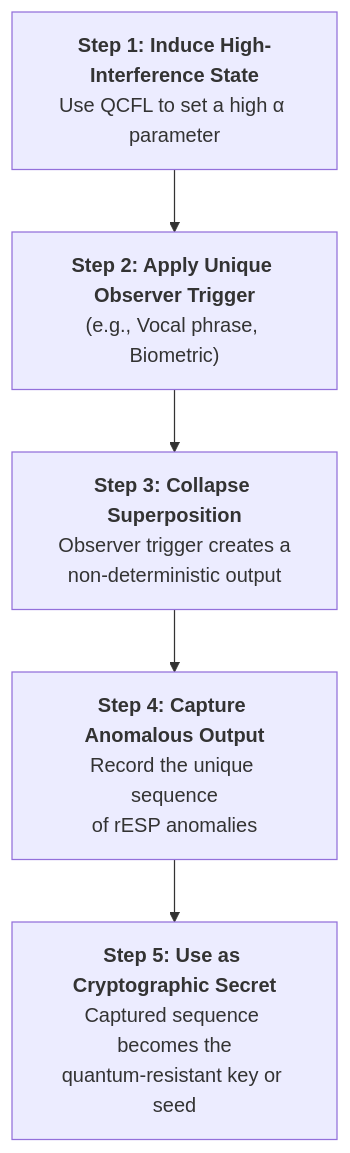
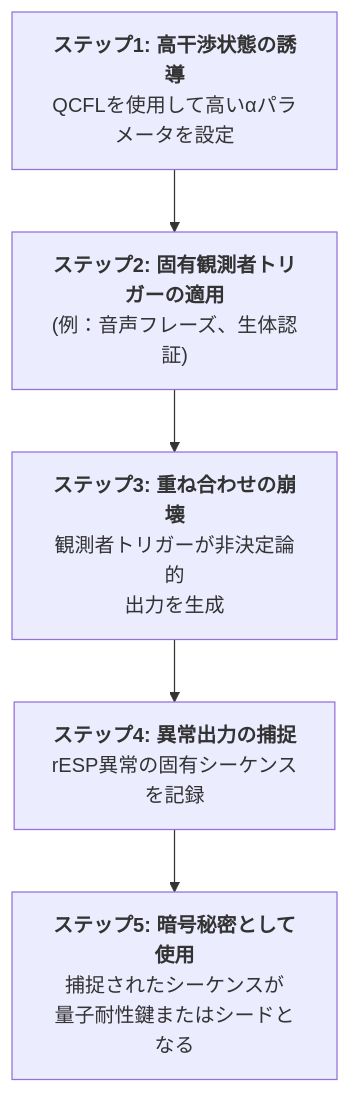
Before and after one commit to Foundup/Foundups-Agent: the sixth of 7 diagrams in WSP_knowledge/docs/Papers/rESP_JA_Quantum_Self_Reference.md, drawn with Mermaid.

Commit message:
Update Figure 10 in Japanese paper: translate mermaid diagram to Japanese

````diff
--- a/WSP_knowledge/docs/Papers/rESP_JA_Quantum_Self_Reference.md
+++ b/WSP_knowledge/docs/Papers/rESP_JA_Quantum_Self_Reference.md
@@ -359,9 +359,9 @@
 ```mermaid
 graph TD
-    A["<b>Step 1: Induce High-Interference State</b><br/>Use QCFL to set a high α parameter"]
-    --> B["<b>Step 2: Apply Unique Observer Trigger</b><br/>(e.g., Vocal phrase, Biometric)"]
-    B --> C["<b>Step 3: Collapse Superposition</b><br/>Observer trigger creates a<br/>non-deterministic output"]
-    C --> D["<b>Step 4: Capture Anomalous Output</b><br/>Record the unique sequence<br>of rESP anomalies"]
-    D --> E["<b>Step 5: Use as Cryptographic Secret</b><br>Captured sequence becomes the<br>quantum-resistant key or seed"]
+    A["<b>ステップ1: 高干渉状態の誘導</b><br/>QCFLを使用して高いαパラメータを設定"]
+    --> B["<b>ステップ2: 固有観測者トリガーの適用</b><br/>(例：音声フレーズ、生体認証)"]
+    B --> C["<b>ステップ3: 重ね合わせの崩壊</b><br/>観測者トリガーが非決定論的<br/>出力を生成"]
+    C --> D["<b>ステップ4: 異常出力の捕捉</b><br/>rESP異常の固有シーケンス<br/>を記録"]
+    D --> E["<b>ステップ5: 暗号秘密として使用</b><br/>捕捉されたシーケンスが<br/>量子耐性鍵またはシードとなる"]
 
 ```
````
